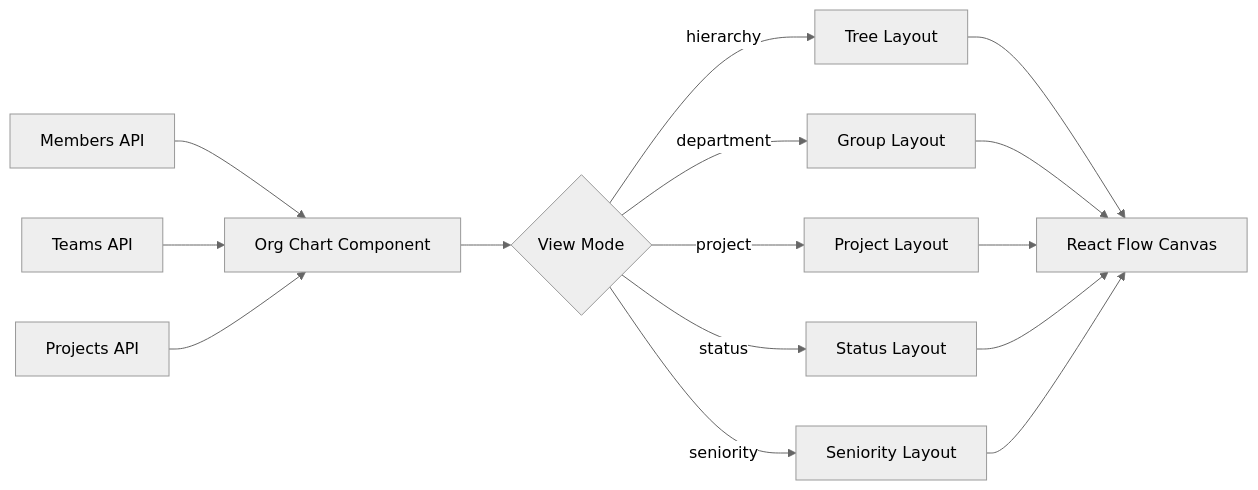
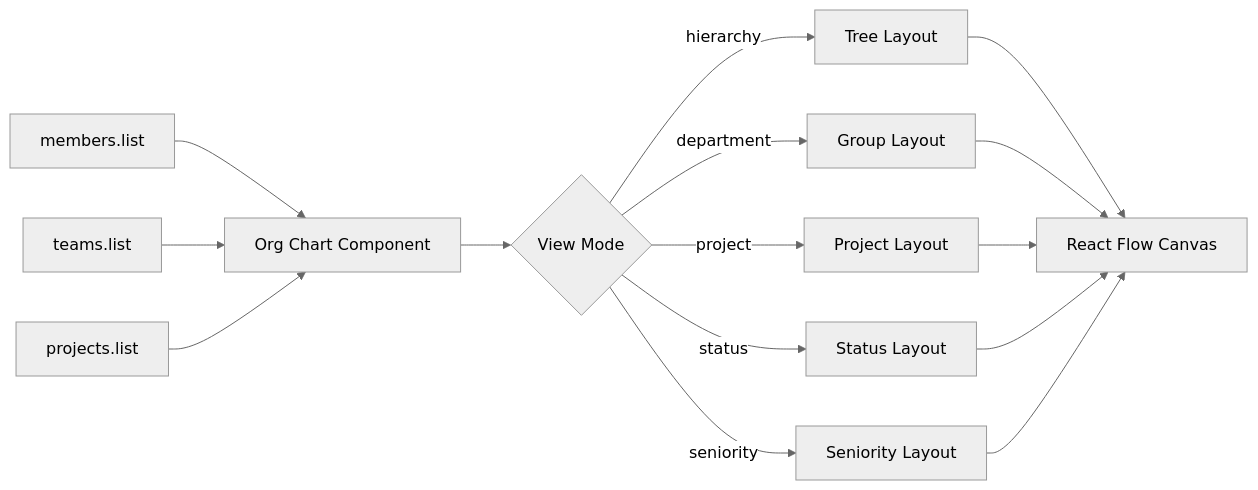
Before and after one commit to pde-rent/monokeros: the fourth of 4 diagrams in docs/features/org-chart.md, drawn with Mermaid (neutral theme). The commit also changed other lines of this file and 50 other files, not shown here.

````diff
--- a/docs/features/org-chart.md
+++ b/docs/features/org-chart.md
@@ -143,13 +143,13 @@
 ```mermaid
 flowchart LR
-    A[Members API] --> B[Org Chart Component]
-    C[Teams API] --> B
-    D[Projects API] --> B
+    A[members.list] --> B[Org Chart Component]
+    C[teams.list] --> B
+    D[projects.list] --> B
     B --> E{View Mode}
     E -- hierarchy --> F[Tree Layout]
     E -- department --> G[Group Layout]
     E -- project --> H[Project Layout]
     E -- status --> I[Status Layout]
     E -- seniority --> J[Seniority Layout]
     F & G & H & I & J --> K[React Flow Canvas]
 ```
````
